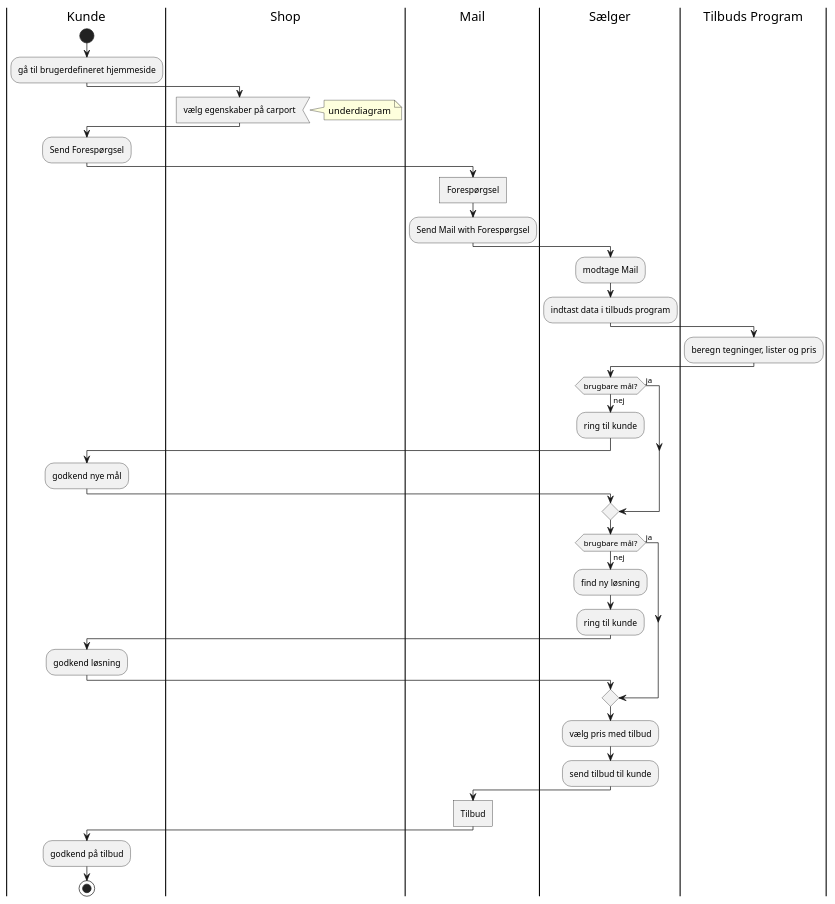
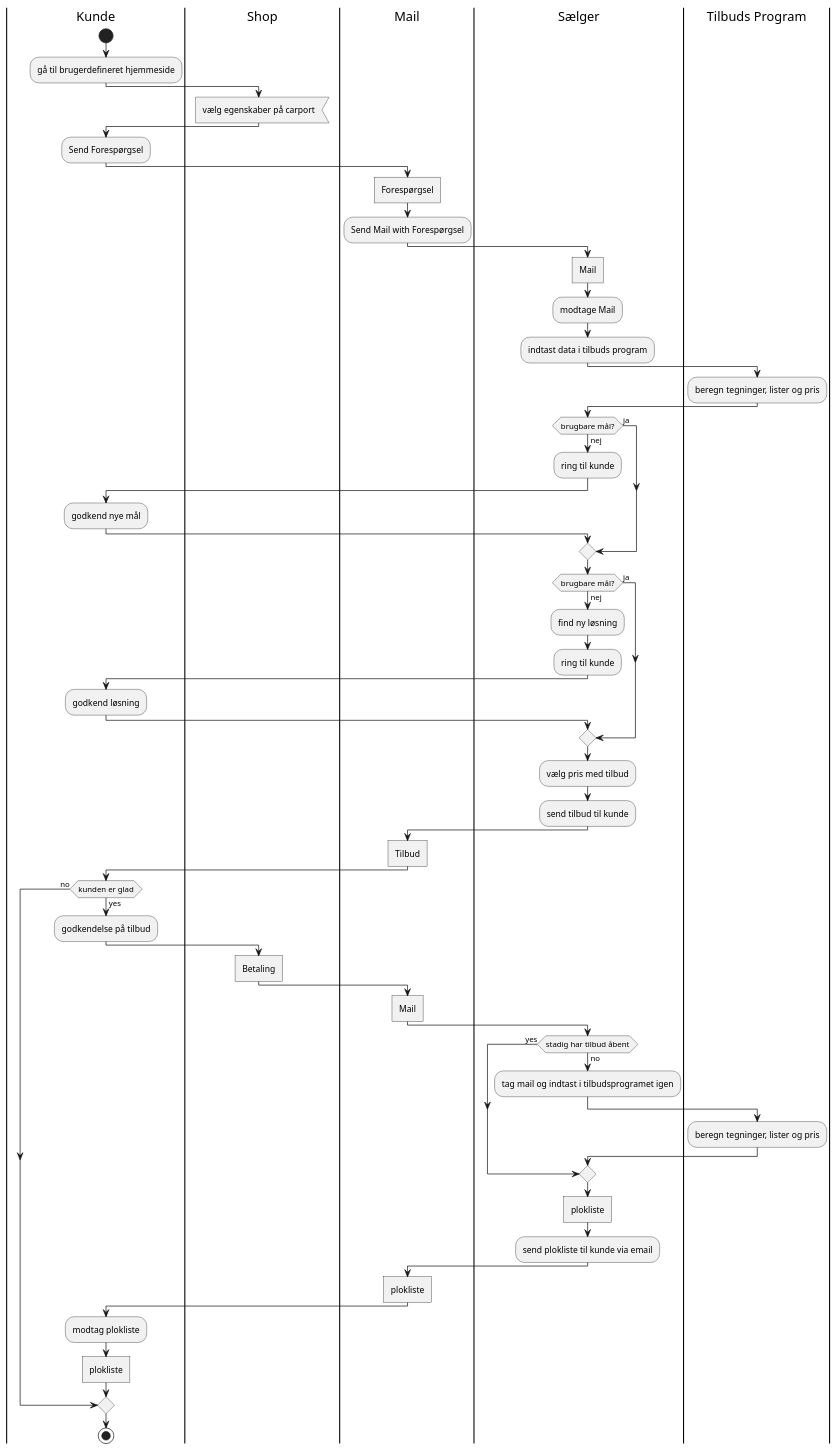
The diagram in docs/UML/As-Is/Swimlanes/bestilling af brugerdefineret carport.puml (SirRolin/Carport---GroupB), drawn with PlantUML before and after one commit. The commit also changed 2 other files, not shown here.

```diff
--- a/docs/UML/As-Is/Swimlanes/bestilling af brugerdefineret carport.puml
+++ b/docs/UML/As-Is/Swimlanes/bestilling af brugerdefineret carport.puml
@@ -1,44 +1,66 @@
 @startuml
 'https://plantuml.com/activity-diagram-beta
 
 |Kunde|
 start
 :gå til brugerdefineret hjemmeside;
 |Shop|
 :vælg egenskaber på carport<
-note right:underdiagram
 |Kunde|
 :Send Forespørgsel;
 |Mail|
 :Forespørgsel]
 :Send Mail with Forespørgsel;
 |Sælger|
+:Mail]
 :modtage Mail;
 :indtast data i tilbuds program;
 |Tilbuds Program|
 :beregn tegninger, lister og pris;
 |Sælger|
 if(brugbare mål?) is (nej) then
 :ring til kunde;
 |Kunde|
 :godkend nye mål;
 else (ja)
 end if
 |Sælger|
 if(brugbare mål?) is (nej) then
 :find ny løsning;
 :ring til kunde;
 |Kunde|
 :godkend løsning;
 else (ja)
 end if
 |Sælger|
 :vælg pris med tilbud;
 :send tilbud til kunde;
 |Mail|
 :Tilbud]
 |Kunde|
-:godkend på tilbud;
+if(kunden er glad) is (yes) then
+:godkendelse på tilbud;
+|Shop|
+:Betaling]
+|Mail|
+:Mail]
+|Sælger|
+if(stadig har tilbud åbent) is (no) then
+:tag mail og indtast i tilbudsprogramet igen;
+|Tilbuds Program|
+:beregn tegninger, lister og pris;
+else (yes)
+end if
+|Sælger|
+:plokliste]
+:send plokliste til kunde via email;
+|Mail|
+:plokliste]
+|Kunde|
+:modtag plokliste;
+:plokliste]
+else (no)
+end if
 stop
 
 @enduml
```
